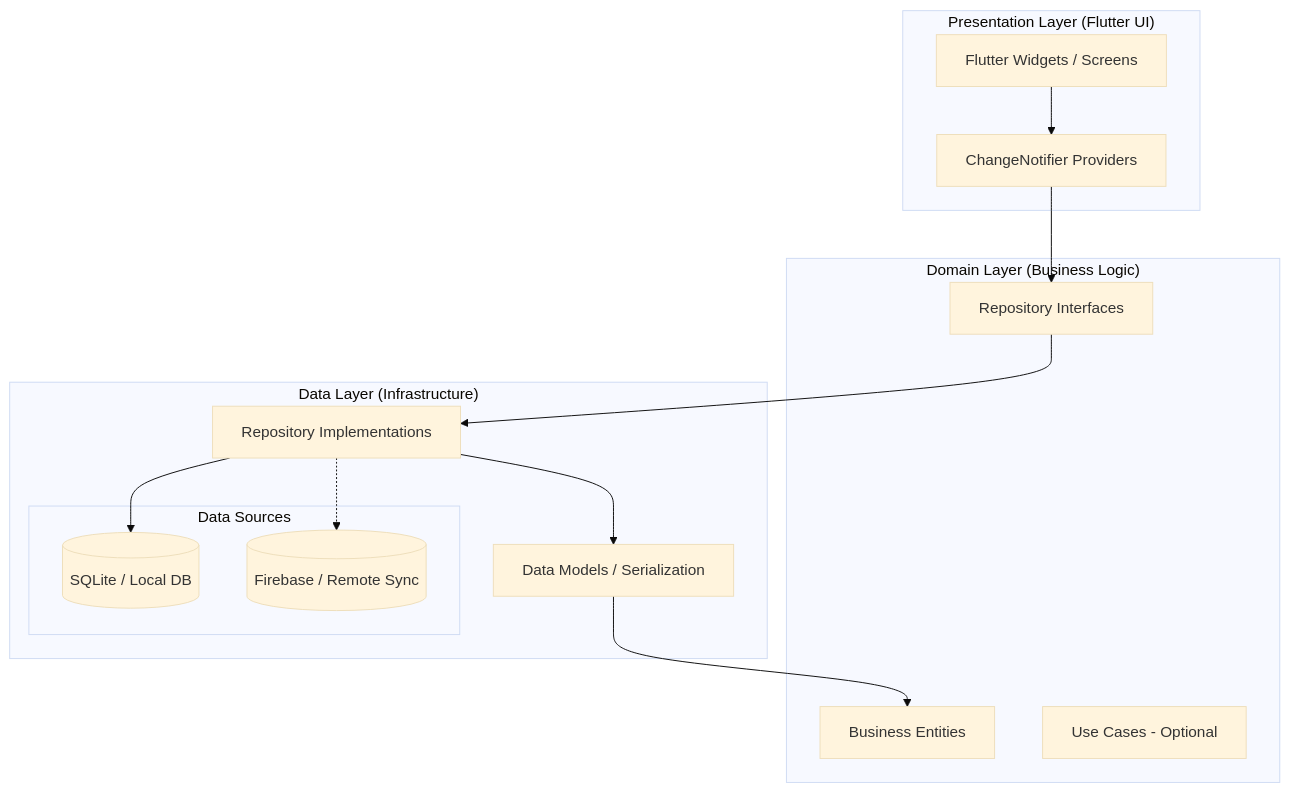
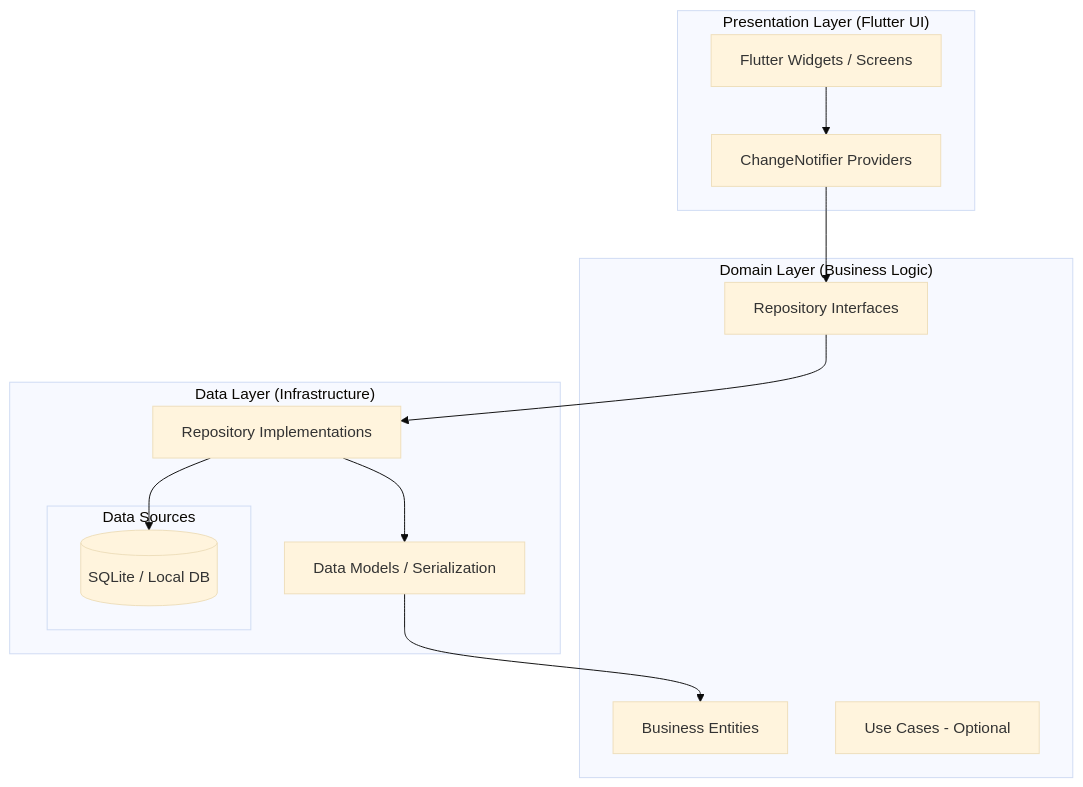
One commit to BacheneSoft/stock_manager changed the diagram in README.md. Above: the diagram before and after it, drawn with Mermaid (base theme). The commit also changed other lines of this file, not shown here.

Commit message:
docs: finalize readme structure and diagram

````diff
--- a/README.md
+++ b/README.md
@@ -31,31 +31,29 @@
 ```mermaid
 graph TD
     subgraph Presentation_Layer["Presentation Layer (Flutter UI)"]
         UI[Flutter Widgets / Screens]
         Providers[ChangeNotifier Providers]
     end
 
     subgraph Domain_Layer["Domain Layer (Business Logic)"]
         Entities[Business Entities]
         RepoInterfaces[Repository Interfaces]
         UseCases[Use Cases - Optional]
     end
 
     subgraph Data_Layer["Data Layer (Infrastructure)"]
         Repos[Repository Implementations]
         Models[Data Models / Serialization]
         
         subgraph Data_Sources["Data Sources"]
             SQL[(SQLite / Local DB)]
-            FB[(Firebase / Remote Sync)]
         end
     end
 
     UI --> Providers
     Providers --> RepoInterfaces
     RepoInterfaces --> Repos
     Repos --> Models
     Models --> Entities
     Repos --> SQL
-    Repos -.-> FB
 ```
````
